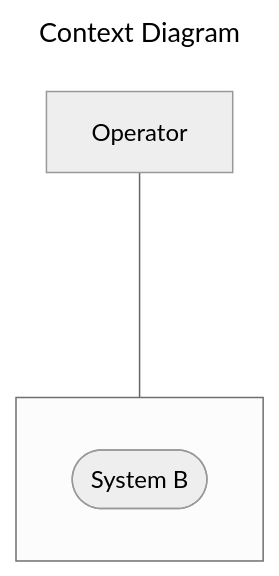
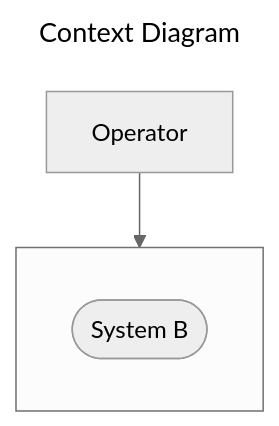
The third of 3 diagrams in mermaid_elements.md (Kuziomkin/diagrams), drawn with Mermaid before and after one commit.

````diff
--- a/mermaid_elements.md
+++ b/mermaid_elements.md
@@ -50,21 +50,21 @@
 ```mermaid
 ---
 title: Context Diagram
 config:
   layout: dagre
   look: classic
   theme: neutral
 ---
     flowchart TD
         %% define components
         O[Operator]
 
         subgraph " "
             direction LR
             B([System B])
         end
 
         %% define relationships
-        O ----- B
+        O --> B
 
 ```
````
